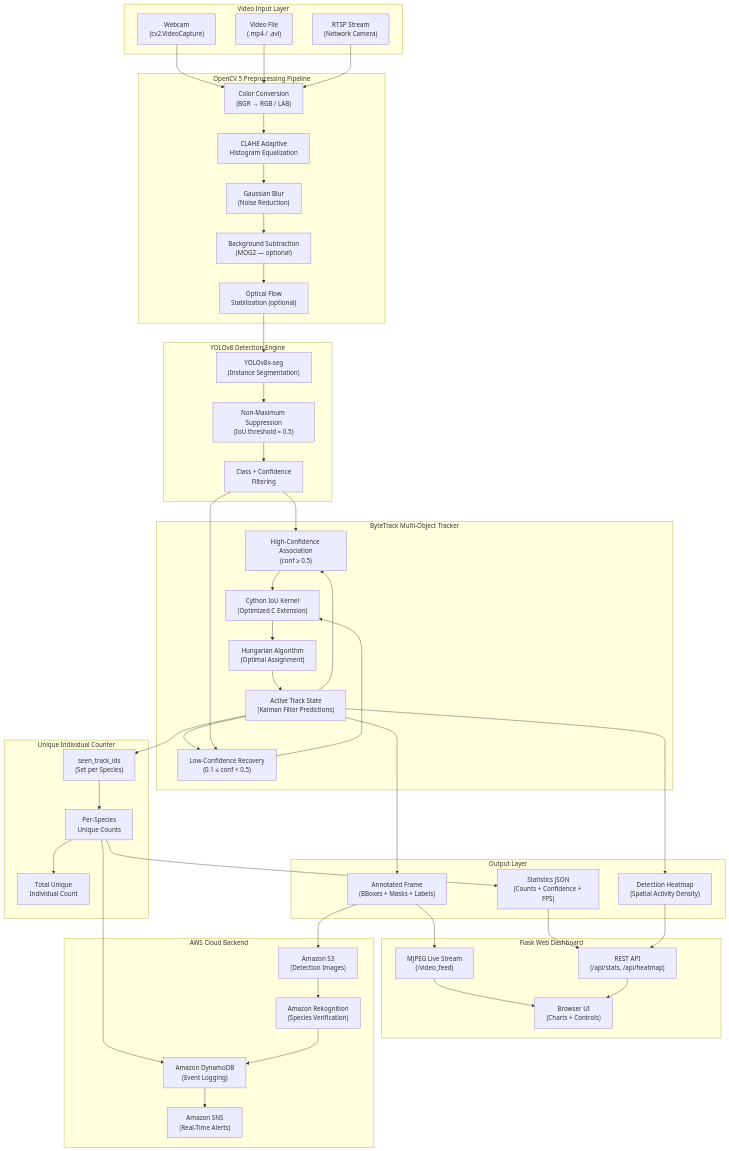
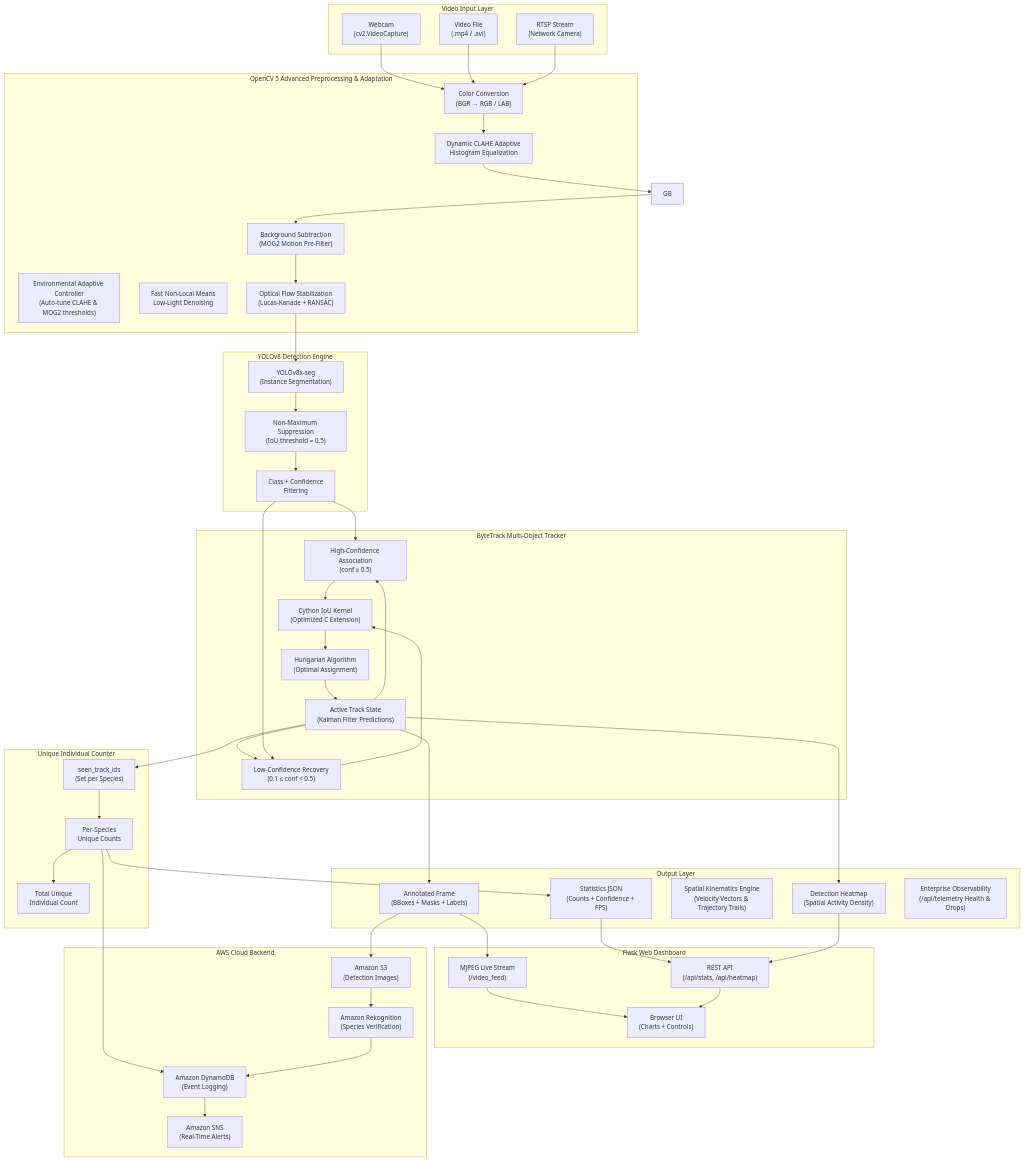
The first of 17 diagrams in docs/ARCHITECTURE.md (IZUMI-Xprime/image-recognition), drawn with Mermaid before and after one commit. The commit also changed other lines of this file and 11 other files, not shown here.

Commit message:
feat(competition): active perception pipeline, AWS Graviton COOL benchmark, Bedrock MCP orchestrator, IoT twin, continuous-discrete Kalman kinematics & aesthetic heatmap

```diff
--- a/docs/ARCHITECTURE.md
+++ b/docs/ARCHITECTURE.md
@@ -20,12 +20,13 @@
         RTSP["RTSP Stream\n(Network Camera)"]
     end
 
-    subgraph Preprocessing["OpenCV 5 Preprocessing Pipeline"]
+    subgraph Preprocessing["OpenCV 5 Advanced Preprocessing & Adaptation"]
         CC["Color Conversion\n(BGR → RGB / LAB)"]
-        CLAHE["CLAHE Adaptive\nHistogram Equalization"]
-        GB["Gaussian Blur\n(Noise Reduction)"]
-        BGS["Background Subtraction\n(MOG2 — optional)"]
-        OF["Optical Flow\nStabilization (optional)"]
+        ENV_ADAPT["Environmental Adaptive Controller\n(Auto-tune CLAHE & MOG2 thresholds)"]
+        CLAHE["Dynamic CLAHE Adaptive\nHistogram Equalization"]
+        DENOISE["Fast Non-Local Means\nLow-Light Denoising"]
+        BGS["Background Subtraction\n(MOG2 Motion Pre-Filter)"]
+        OF["Optical Flow Stabilization\n(Lucas-Kanade + RANSAC)"]
     end
 
     subgraph Detection["YOLOv8 Detection Engine"]
@@ -51,7 +52,9 @@
     subgraph Output["Output Layer"]
         ANNOT["Annotated Frame\n(BBoxes + Masks + Labels)"]
         HEAT["Detection Heatmap\n(Spatial Activity Density)"]
+        SPATIAL["Spatial Kinematics Engine\n(Velocity Vectors & Trajectory Trails)"]
         STATS["Statistics JSON\n(Counts + Confidence + FPS)"]
+        TELEM["Enterprise Observability\n(/api/telemetry Health & Drops)"]
     end
 
     subgraph Dashboard["Flask Web Dashboard"]
```
